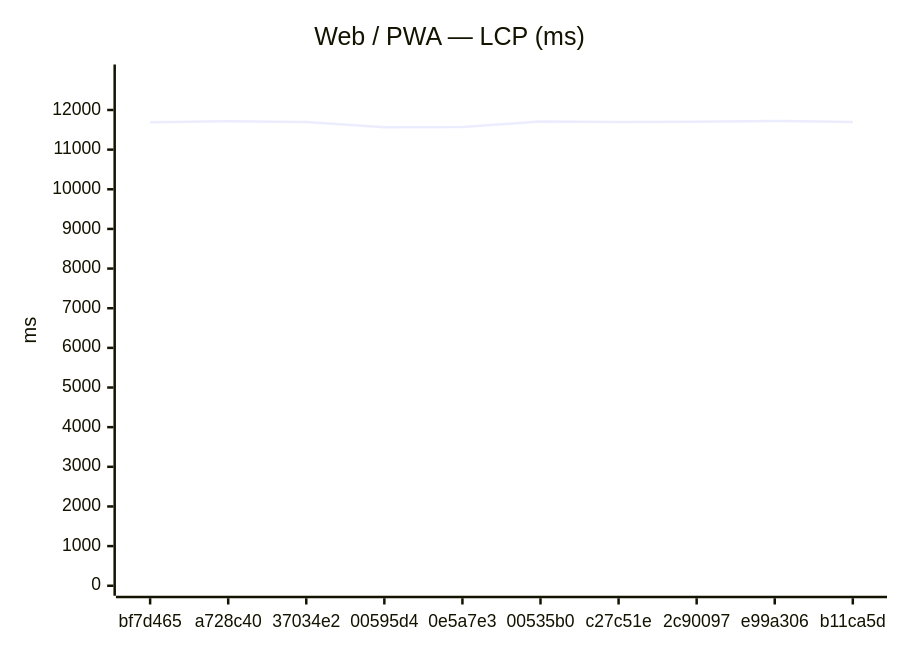
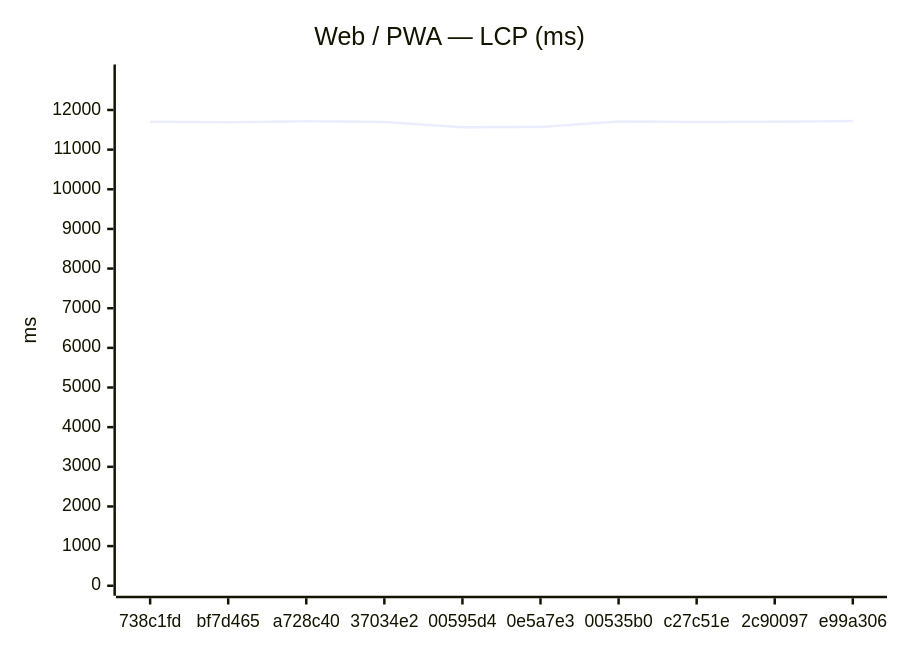
One commit to Metaheurist/Rianell changed the first of 24 diagrams in benchmarks/compare.md. Above: the diagram before and after it, drawn with Mermaid. The commit also changed other lines of this file and 13 other files, not shown here.

````diff
--- a/benchmarks/compare.md
+++ b/benchmarks/compare.md
@@ -24,7 +24,7 @@
 ```mermaid
 xychart-beta
     title "Web / PWA — LCP (ms)"
-    x-axis ["bf7d465", "a728c40", "37034e2", "00595d4", "0e5a7e3", "00535b0", "c27c51e", "2c90097", "e99a306", "b11ca5d"]
+    x-axis ["738c1fd", "bf7d465", "a728c40", "37034e2", "00595d4", "0e5a7e3", "00535b0", "c27c51e", "2c90097", "e99a306"]
     y-axis "ms" 0 --> 12895
-    line [11691, 11716, 11698, 11566, 11571, 11711, 11699, 11703, 11722, 11697]
+    line [11701, 11691, 11716, 11698, 11566, 11571, 11711, 11699, 11703, 11722]
 ```
````
